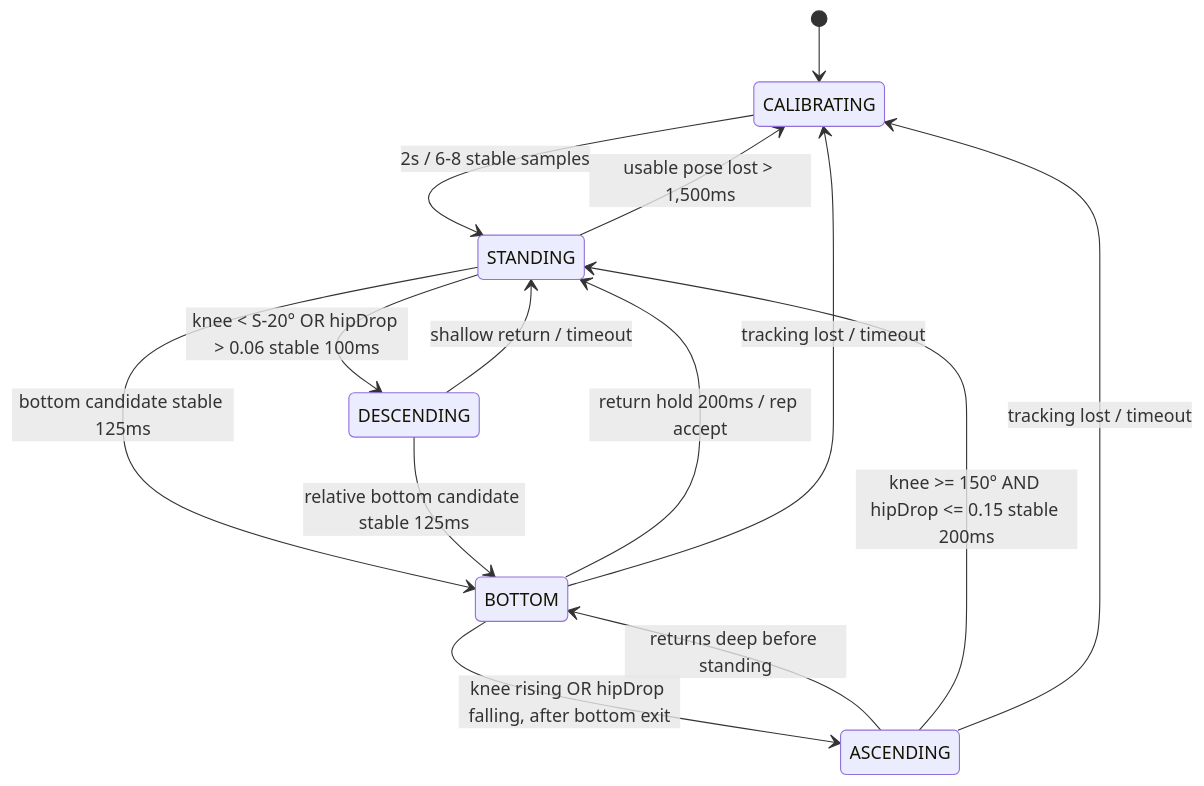
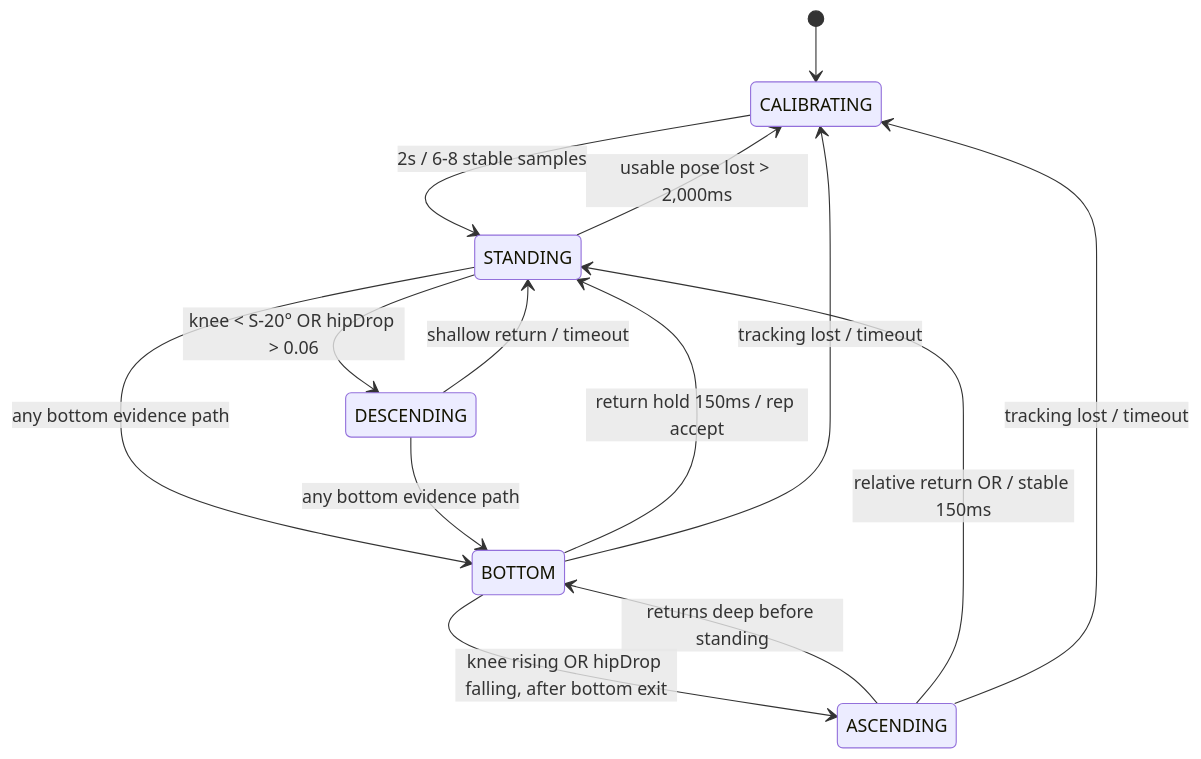
Before and after one commit to kren-team/MICHIZURE: the second of 2 diagrams in docs/squat-detection.md, drawn with Mermaid. The commit also changed other lines of this file and 5 other files, not shown here.

````diff
--- a/docs/squat-detection.md
+++ b/docs/squat-detection.md
@@ -214,16 +216,16 @@
 ```mermaid
 stateDiagram-v2
     [*] --> CALIBRATING
     CALIBRATING --> STANDING: 2s / 6-8 stable samples
-    STANDING --> DESCENDING: knee < S-20° OR hipDrop > 0.06 stable 100ms
-    STANDING --> BOTTOM: bottom candidate stable 125ms
+    STANDING --> DESCENDING: knee < S-20° OR hipDrop > 0.06
+    STANDING --> BOTTOM: any bottom evidence path
     DESCENDING --> STANDING: shallow return / timeout
-    DESCENDING --> BOTTOM: relative bottom candidate stable 125ms
+    DESCENDING --> BOTTOM: any bottom evidence path
     BOTTOM --> ASCENDING: knee rising OR hipDrop falling, after bottom exit
-    BOTTOM --> STANDING: return hold 200ms / rep accept
+    BOTTOM --> STANDING: return hold 150ms / rep accept
     BOTTOM --> CALIBRATING: tracking lost / timeout
     ASCENDING --> BOTTOM: returns deep before standing
-    ASCENDING --> STANDING: knee >= 150° AND hipDrop <= 0.15 stable 200ms
+    ASCENDING --> STANDING: relative return OR / stable 150ms
     ASCENDING --> CALIBRATING: tracking lost / timeout
-    STANDING --> CALIBRATING: usable pose lost > 1,500ms
+    STANDING --> CALIBRATING: usable pose lost > 2,000ms
 ```
````
